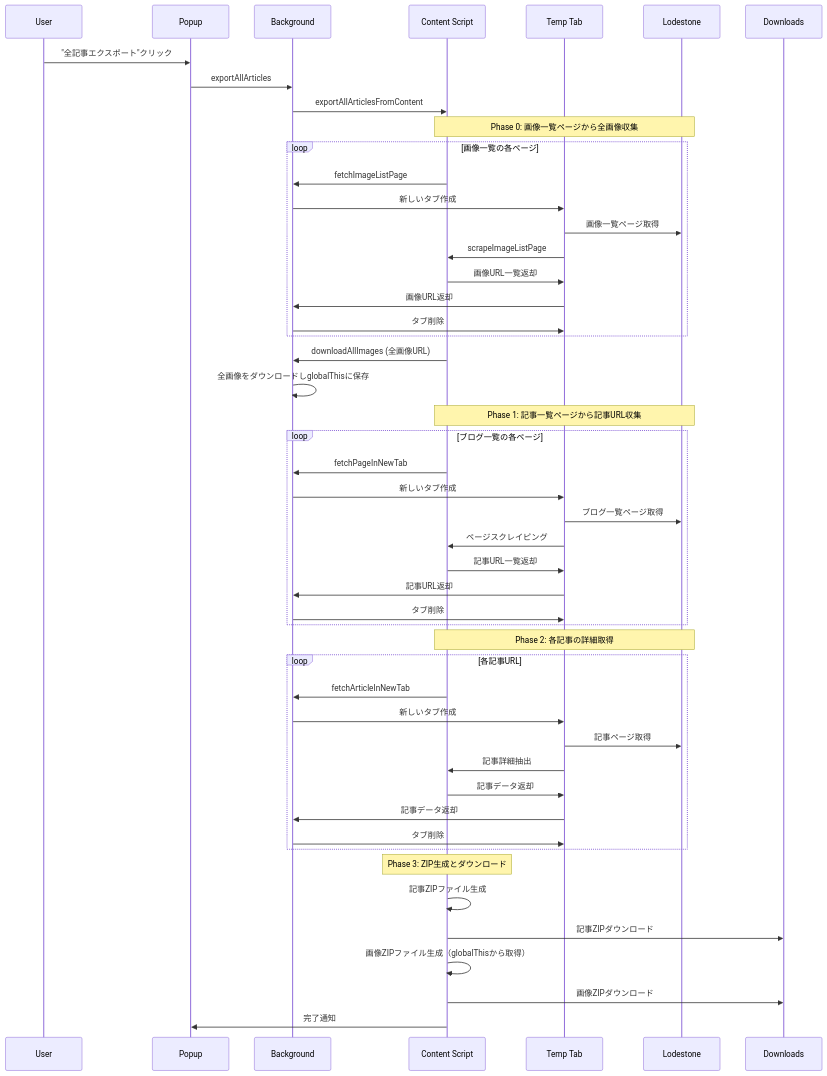
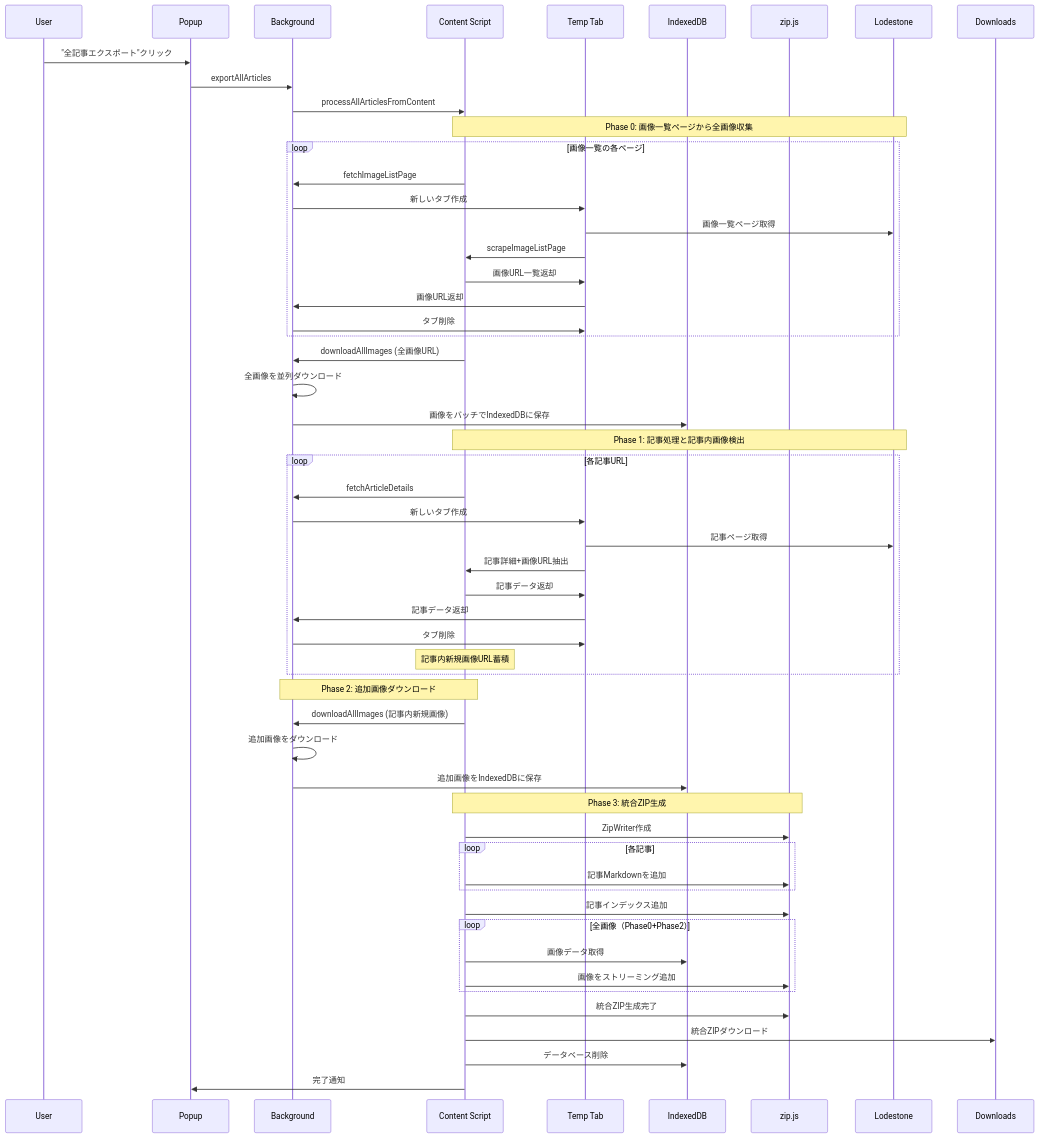
One commit to kako-jun/sync-stone changed the third of 8 diagrams in .claude/design-document.md. Above: the diagram before and after it, drawn with Mermaid. The commit also changed other lines of this file and 1 other file, not shown here.

````diff
--- a/.claude/design-document.md
+++ b/.claude/design-document.md
@@ -94,57 +127,63 @@
 ```mermaid
 sequenceDiagram
     participant U as User
     participant P as Popup
     participant B as Background
     participant C as Content Script
     participant T as Temp Tab
+    participant IDB as IndexedDB
+    participant Z as zip.js
     participant L as Lodestone
     participant D as Downloads
 
     U->>P: "全記事エクスポート"クリック
     P->>B: exportAllArticles
-    B->>C: exportAllArticlesFromContent
+    B->>C: processAllArticlesFromContent
     
     Note over C,L: Phase 0: 画像一覧ページから全画像収集
     loop 画像一覧の各ページ
         C->>B: fetchImageListPage
         B->>T: 新しいタブ作成
         T->>L: 画像一覧ページ取得
         T->>C: scrapeImageListPage
         C->>T: 画像URL一覧返却
         T->>B: 画像URL返却
         B->>T: タブ削除
     end
     
     C->>B: downloadAllImages (全画像URL)
-    B->>B: 全画像をダウンロードしglobalThisに保存
+    B->>B: 全画像を並列ダウンロード
+    B->>IDB: 画像をバッチでIndexedDBに保存
     
-    Note over C,L: Phase 1: 記事一覧ページから記事URL収集
-    loop ブログ一覧の各ページ
-        C->>B: fetchPageInNewTab
-        B->>T: 新しいタブ作成
-        T->>L: ブログ一覧ページ取得
-        T->>C: ページスクレイピング
-        C->>T: 記事URL一覧返却
-        T->>B: 記事URL返却
-        B->>T: タブ削除
-    end
-    
-    Note over C,L: Phase 2: 各記事の詳細取得
+    Note over C,L: Phase 1: 記事処理と記事内画像検出
     loop 各記事URL
-        C->>B: fetchArticleInNewTab
+        C->>B: fetchArticleDetails
         B->>T: 新しいタブ作成
         T->>L: 記事ページ取得
-        T->>C: 記事詳細抽出
+        T->>C: 記事詳細+画像URL抽出
         C->>T: 記事データ返却
         T->>B: 記事データ返却
         B->>T: タブ削除
+        Note over C: 記事内新規画像URL蓄積
     end
     
-    Note over C: Phase 3: ZIP生成とダウンロード
-    C->>C: 記事ZIPファイル生成
-    C->>D: 記事ZIPダウンロード
-    C->>C: 画像ZIPファイル生成（globalThisから取得）
-    C->>D: 画像ZIPダウンロード
+    Note over C,B: Phase 2: 追加画像ダウンロード
+    C->>B: downloadAllImages (記事内新規画像)
+    B->>B: 追加画像をダウンロード
+    B->>IDB: 追加画像をIndexedDBに保存
+    
+    Note over C,Z: Phase 3: 統合ZIP生成
+    C->>Z: ZipWriter作成
+    loop 各記事
+        C->>Z: 記事Markdownを追加
+    end
+    C->>Z: 記事インデックス追加
+    loop 全画像（Phase0+Phase2）
+        C->>IDB: 画像データ取得
+        C->>Z: 画像をストリーミング追加
+    end
+    C->>Z: 統合ZIP生成完了
+    C->>D: 統合ZIPダウンロード
+    C->>IDB: データベース削除
     C->>P: 完了通知
 ```
````
